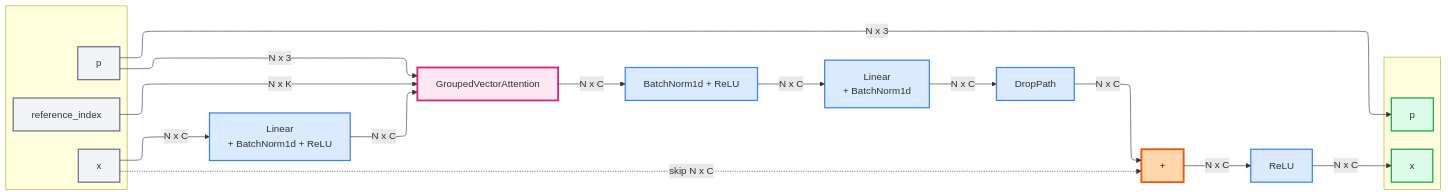
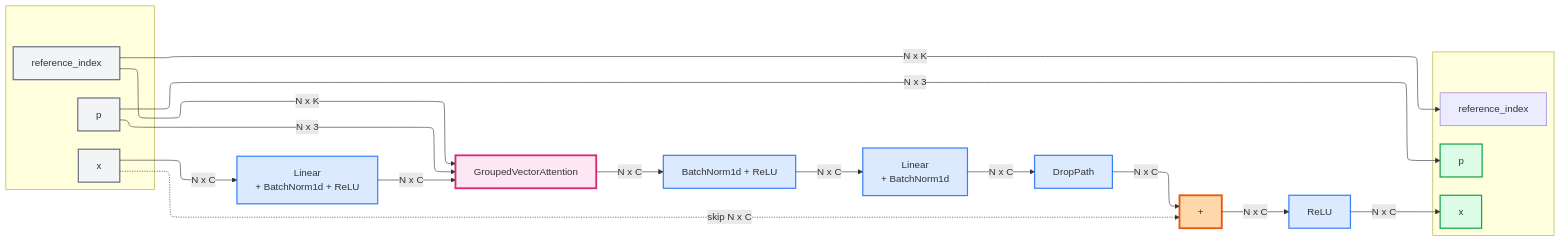
Before and after one commit to antoineach/antoineach.github.io: the diagram in assets/img/poinTransformerV2/block.md, drawn with Mermaid.

````diff
--- a/assets/img/poinTransformerV2/block.md
+++ b/assets/img/poinTransformerV2/block.md
@@ -1,54 +1,57 @@
 ```mermaid
 ---
 config:
   layout: elk
 ---
 graph LR
     subgraph InputPXO[" "]
         p["p"]
         x["x"]
         ref["reference_index"]
     end
     
     x -->|N x C| FC1["Linear<br>+ BatchNorm1d + ReLU"]
     
     FC1 -->|N x C| GVA["GroupedVectorAttention"]
     
     p -->|N x 3| GVA
     ref -->|N x K| GVA
     
     GVA -->|N x C| Norm2["BatchNorm1d + ReLU"]
     Norm2 -->|N x C| FC3["Linear<br>+ BatchNorm1d"]
     
     FC3 -->|N x C| DropPath["DropPath"]
     DropPath -->|N x C| Add["+"]
     x -.skip N x C.-> Add
     
     Add -->|N x C| ReLU["ReLU"]
     
     subgraph OutputPXO[" "]
         pout["p"]
         xout["x"]
+        oout["reference_index"]
     end
     
     p -->|N x 3| pout
     ReLU -->|N x C| xout
+
+    ref -->|N x K| oout
     
     style p fill:#f3f4f6,stroke:#6b7280,stroke-width:2px
     style x fill:#f3f4f6,stroke:#6b7280,stroke-width:2px
     style ref fill:#f3f4f6,stroke:#6b7280,stroke-width:2px
     
     style FC1 fill:#dbeafe,stroke:#3b82f6,stroke-width:2px
     
     style GVA fill:#fce7f3,stroke:#db2777,stroke-width:3px
     
     style Norm2 fill:#dbeafe,stroke:#3b82f6,stroke-width:2px
     style FC3 fill:#dbeafe,stroke:#3b82f6,stroke-width:2px
     style DropPath fill:#dbeafe,stroke:#3b82f6,stroke-width:2px
     
     style Add fill:#fed7aa,stroke:#ea580c,stroke-width:3px
     style ReLU fill:#dbeafe,stroke:#3b82f6,stroke-width:2px
     
     style pout fill:#dcfce7,stroke:#16a34a,stroke-width:2px
     style xout fill:#dcfce7,stroke:#16a34a,stroke-width:2px
 ```
````
